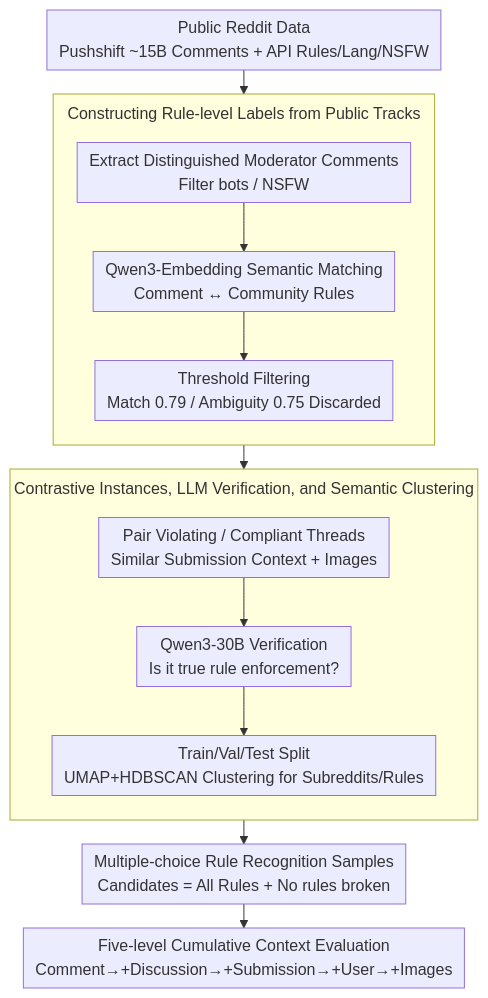
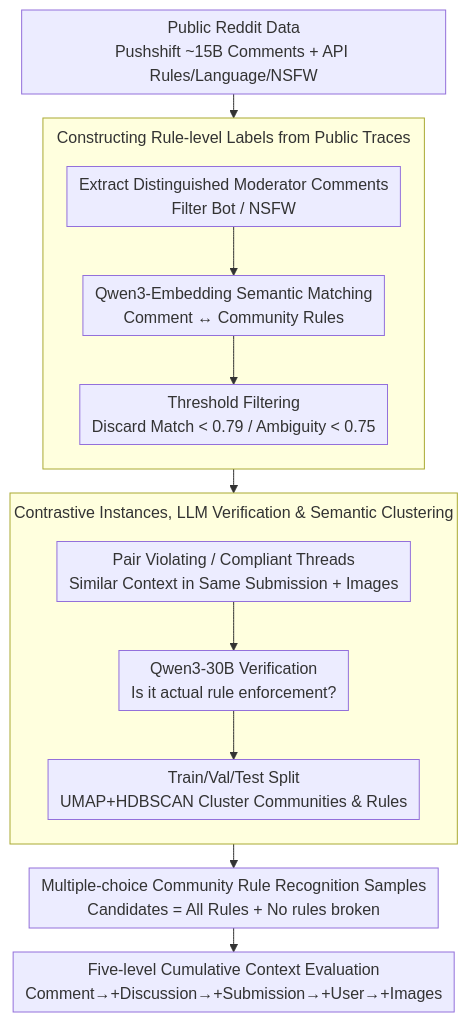
One commit to zhaoyang97/Paper-Notes-en changed the diagram in docs/ACL2026/multilingual_mt/plurule_a_benchmark_for_moderating_pluralistic_communities_on_social_media.md. Above: the diagram before and after it, drawn with Mermaid. The commit also changed other lines of this file and 5084 other files, not shown here.

````diff
--- a/docs/ACL2026/multilingual_mt/plurule_a_benchmark_for_moderating_pluralistic_communities_on_social_media.md
+++ b/docs/ACL2026/multilingual_mt/plurule_a_benchmark_for_moderating_pluralistic_communities_on_social_media.md
@@ -46,22 +46,22 @@
 ```mermaid
 %%{init: {'flowchart': {'rankSpacing': 24, 'nodeSpacing': 28, 'padding': 6, 'wrappingWidth': 400, 'subGraphTitleMargin': {'top': 8, 'bottom': 16}}}}%%
 flowchart TD
-    A["Public Reddit Data<br/>Pushshift ~15B Comments + API Rules/Lang/NSFW"]
-    subgraph S2["Constructing Rule-level Labels from Public Tracks"]
+    A["Public Reddit Data<br/>Pushshift ~15B Comments + API Rules/Language/NSFW"]
+    subgraph S2["Constructing Rule-level Labels from Public Traces"]
         direction TB
-        B["Extract Distinguished Moderator Comments<br/>Filter bots / NSFW"]
+        B["Extract Distinguished Moderator Comments<br/>Filter Bot / NSFW"]
         C["Qwen3-Embedding Semantic Matching<br/>Comment ↔ Community Rules"]
-        D["Threshold Filtering<br/>Match 0.79 / Ambiguity 0.75 Discarded"]
+        D["Threshold Filtering<br/>Discard Match < 0.79 / Ambiguity < 0.75"]
         B --> C --> D
     end
-    subgraph S3["Contrastive Instances, LLM Verification, and Semantic Clustering"]
+    subgraph S3["Contrastive Instances, LLM Verification & Semantic Clustering"]
         direction TB
-        E["Pair Violating / Compliant Threads<br/>Similar Submission Context + Images"]
-        F["Qwen3-30B Verification<br/>Is it true rule enforcement?"]
-        G["Train/Val/Test Split<br/>UMAP+HDBSCAN Clustering for Subreddits/Rules"]
+        E["Pair Violating / Compliant Threads<br/>Similar Context in Same Submission + Images"]
+        F["Qwen3-30B Verification<br/>Is it actual rule enforcement?"]
+        G["Train/Val/Test Split<br/>UMAP+HDBSCAN Cluster Communities & Rules"]
         E --> F --> G
     end
-    H["Multiple-choice Rule Recognition Samples<br/>Candidates = All Rules + No rules broken"]
+    H["Multiple-choice Community Rule Recognition Samples<br/>Candidates = All Rules + No rules broken"]
     I["Five-level Cumulative Context Evaluation<br/>Comment→+Discussion→+Submission→+User→+Images"]
     A --> S2 --> S3 --> H --> I
 ```
````
